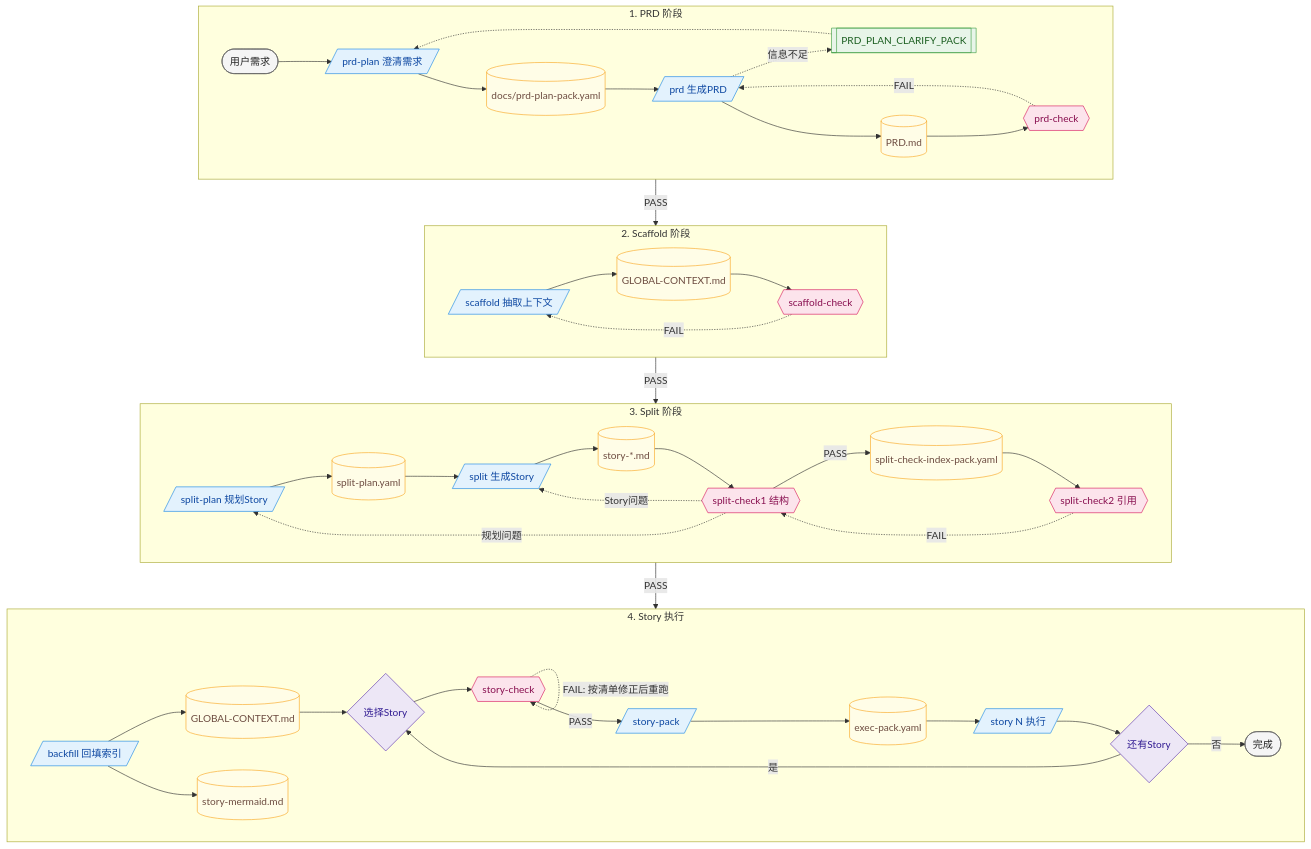
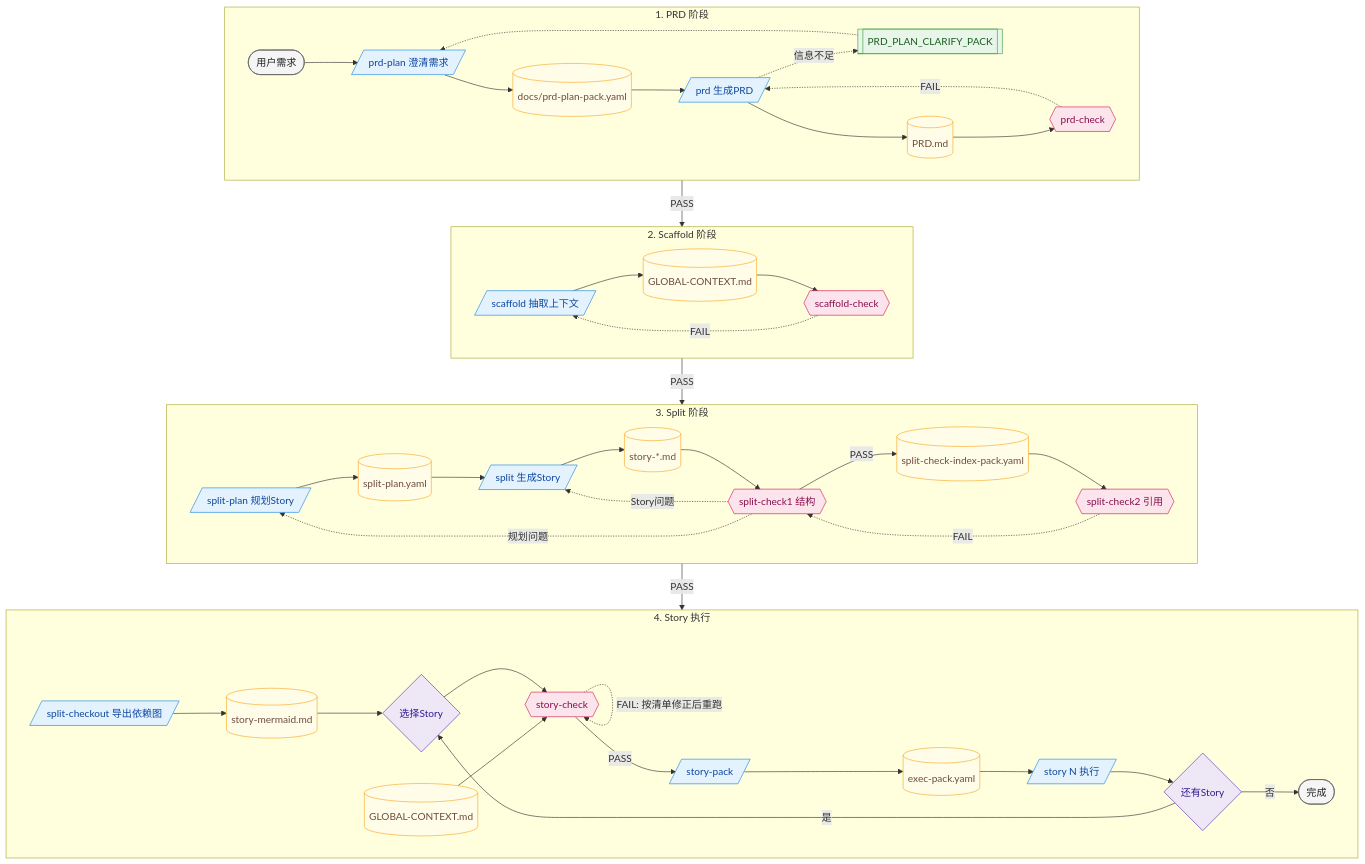
Before and after one commit to snakeying/Textum: the diagram in Workflow.md, drawn with Mermaid. The commit also changed other lines of this file and 5 other files, not shown here.

````diff
--- a/Workflow.md
+++ b/Workflow.md
@@ -7,79 +7,80 @@
 ```mermaid
 flowchart TB
     %% 图例：蓝=命令 | 粉=校验 | 黄=文件 | 绿=交接包
 
     classDef cmd fill:#E3F2FD,stroke:#1E88E5,color:#0D47A1
     classDef chk fill:#FCE4EC,stroke:#D81B60,color:#880E4F
     classDef file fill:#FFFDE7,stroke:#F9A825,color:#6D4C41
     classDef pack fill:#E8F5E9,stroke:#43A047,color:#1B5E20
     classDef dec fill:#EDE7F6,stroke:#5E35B1,color:#311B92
     classDef note fill:#F5F5F5,stroke:#616161,color:#212121
 
     subgraph B1["1. PRD 阶段"]
         direction LR
         U([用户需求]):::note
         P1[/prd-plan 澄清需求/]:::cmd
         F0[(docs/prd-plan-pack.yaml)]:::file
         P2[/prd 生成PRD/]:::cmd
         PK2[[PRD_PLAN_CLARIFY_PACK]]:::pack
         F1[(PRD.md)]:::file
         C1{{prd-check}}:::chk
 
         U --> P1 --> F0 --> P2
         P2 -.->|信息不足| PK2 -.-> P1
         P2 --> F1 --> C1
         C1 -.->|FAIL| P2
     end
 
     subgraph B2["2. Scaffold 阶段"]
         direction LR
         S1[/scaffold 抽取上下文/]:::cmd
         F2[(GLOBAL-CONTEXT.md)]:::file
         C2{{scaffold-check}}:::chk
 
         S1 --> F2 --> C2
         C2 -.->|FAIL| S1
     end
 
     subgraph B3["3. Split 阶段"]
         direction LR
         SP[/split-plan 规划Story/]:::cmd
         FP[(split-plan.yaml)]:::file
         SS[/split 生成Story/]:::cmd
         FS[(story-*.md)]:::file
         C3{{split-check1 结构}}:::chk
         IX[(split-check-index-pack.yaml)]:::file
         C4{{split-check2 引用}}:::chk
 
         SP --> FP --> SS --> FS --> C3
         C3 -.->|规划问题| SP
         C3 -.->|Story问题| SS
         C3 -->|PASS| IX --> C4
         C4 -.->|FAIL| C3
     end
 
     subgraph B4["4. Story 执行"]
         direction LR
-        BF[/backfill 回填索引/]:::cmd
+        BF[/split-checkout 导出依赖图/]:::cmd
         F3[(GLOBAL-CONTEXT.md)]:::file
         FM[(story-mermaid.md)]:::file
         PK{选择Story}:::dec
         C5{{story-check}}:::chk
         PKG[/story-pack/]:::cmd
         FE[(exec-pack.yaml)]:::file
         EX[/story N 执行/]:::cmd
         MR{还有Story}:::dec
         DN([完成]):::note
 
-        BF --> F3 --> PK --> C5
         BF --> FM
+        FM --> PK --> C5
+        F3 --> C5
         C5 -.->|FAIL: 按清单修正后重跑| C5
         C5 -->|PASS| PKG --> FE --> EX --> MR
         MR -->|是| PK
         MR -->|否| DN
     end
 
     C1 -->|PASS| S1
     C2 -->|PASS| SP
     C4 -->|PASS| BF
 ```
````
